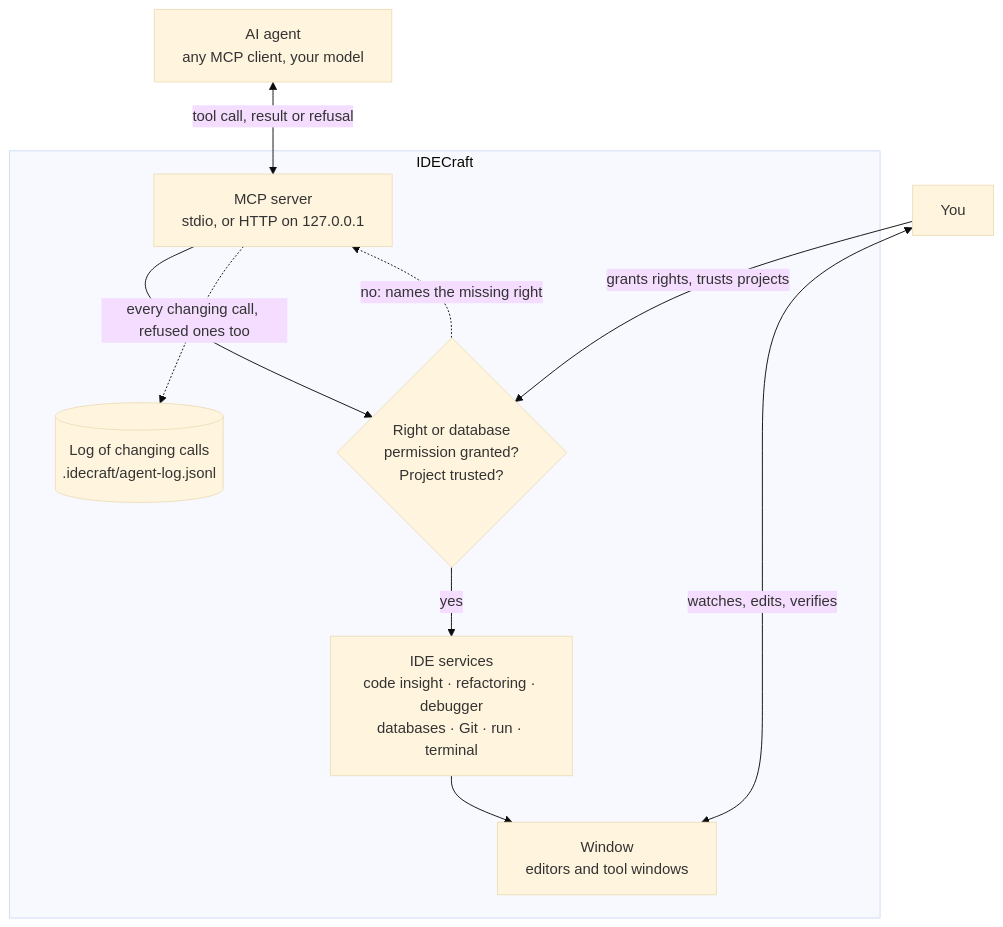
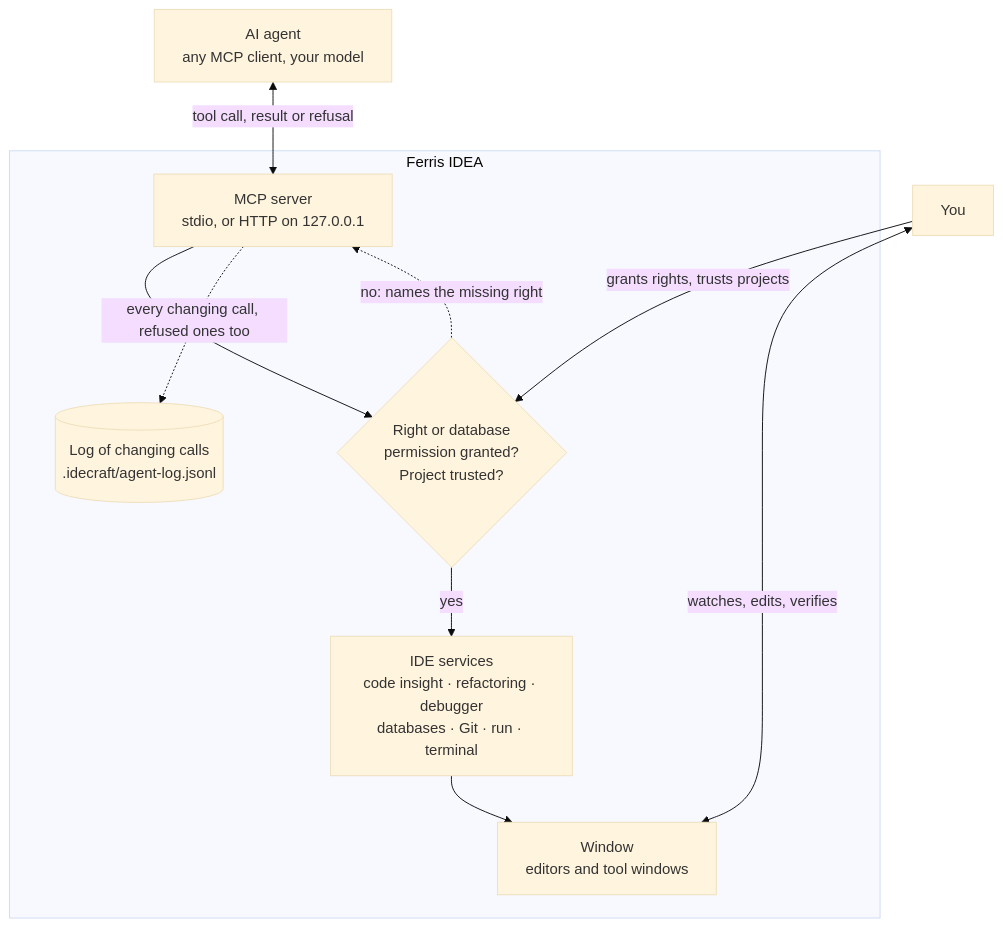
Before and after one commit to DamienDrash/ferris-idea: the diagram in README.md, drawn with Mermaid (base theme). The commit also changed other lines of this file and 15 other files, not shown here.

First line of the commit message:
The product is now called Ferris IDEA: README, contributor and security docs, templates, symbol (#3)

````diff
--- a/README.md
+++ b/README.md
@@ -104,20 +104,20 @@
 ```mermaid
 flowchart TB
     agent["AI agent<br/>any MCP client, your model"]
     you["You"]
-    subgraph ide["IDECraft"]
+    subgraph ide["Ferris IDEA"]
         mcp["MCP server<br/>stdio, or HTTP on 127.0.0.1"]
         gate{"Right or database<br/>permission granted?<br/>Project trusted?"}
         svc["IDE services<br/>code insight · refactoring · debugger<br/>databases · Git · run · terminal"]
         win["Window<br/>editors and tool windows"]
         log[("Log of changing calls<br/>.idecraft/agent-log.jsonl")]
     end
     agent <-->|"tool call, result or refusal"| mcp
     mcp --> gate
     gate -->|"yes"| svc
     gate -.->|"no: names the missing right"| mcp
     svc --> win
     mcp -.->|"every changing call, refused ones too"| log
     you -->|"grants rights, trusts projects"| gate
     you <-->|"watches, edits, verifies"| win
 ```
````
